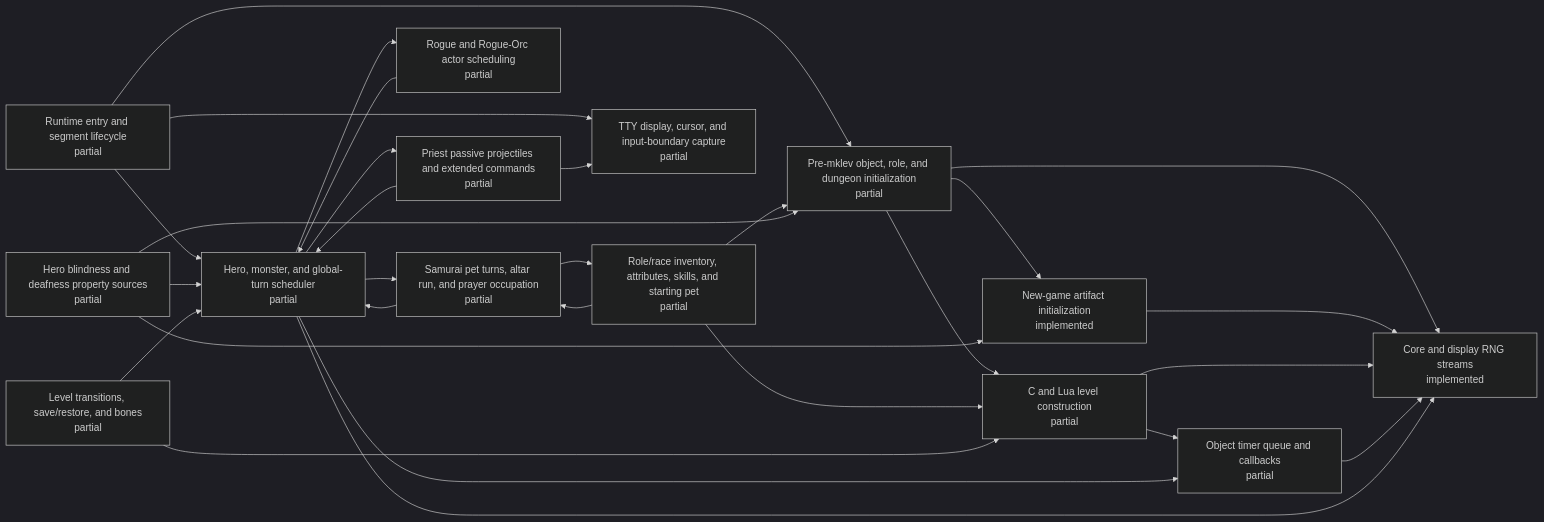
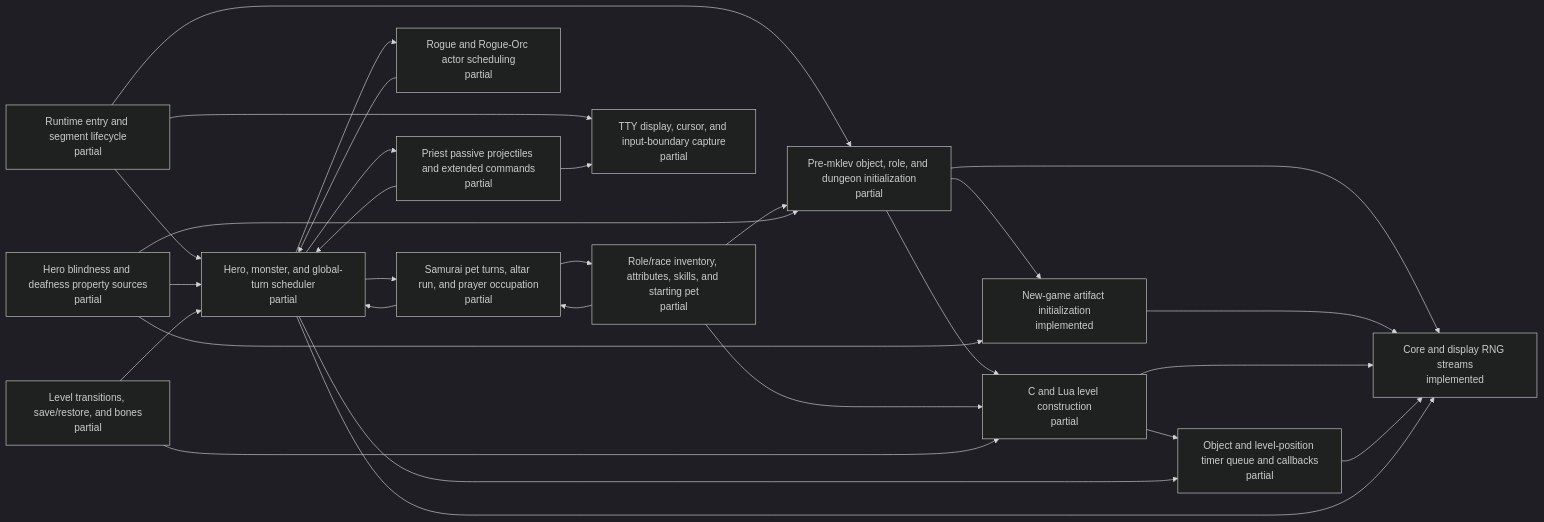
The diagram in docs/architecture/c-lua-ownership.generated.md (daoa0601/teleport-contest), drawn with Mermaid (dark theme) before and after one commit. The commit also changed other lines of this file and 3 other files, not shown here.

````diff
--- a/docs/architecture/c-lua-ownership.generated.md
+++ b/docs/architecture/c-lua-ownership.generated.md
@@ -11,45 +11,45 @@
 ```mermaid
 flowchart LR
     n_runtime_entry["Runtime entry and segment lifecycle<br/>partial"]
     n_rng_core["Core and display RNG streams<br/>implemented"]
     n_startup_pre_mklev["Pre-mklev object, role, and dungeon initialization<br/>partial"]
     n_startup_artifacts["New-game artifact initialization<br/>implemented"]
     n_startup_role_inventory["Role/race inventory, attributes, skills, and starting pet<br/>partial"]
     n_hero_sensory_properties["Hero blindness and deafness property sources<br/>partial"]
     n_level_generation["C and Lua level construction<br/>partial"]
-    n_object_timer_queue["Object timer queue and callbacks<br/>partial"]
+    n_object_timer_queue["Object and level-position timer queue and callbacks<br/>partial"]
     n_turn_scheduler["Hero, monster, and global-turn scheduler<br/>partial"]
     n_samurai_pet_turns["Samurai pet turns, altar run, and prayer occupation<br/>partial"]
     n_rogue_actor_scheduling["Rogue and Rogue-Orc actor scheduling<br/>partial"]
     n_priest_passive_projectiles["Priest passive projectiles and extended commands<br/>partial"]
     n_tty_display["TTY display, cursor, and input-boundary capture<br/>partial"]
     n_level_transition_persistence["Level transitions, save/restore, and bones<br/>partial"]
     n_runtime_entry --> n_startup_pre_mklev
     n_runtime_entry --> n_turn_scheduler
     n_runtime_entry --> n_tty_display
     n_startup_pre_mklev --> n_rng_core
     n_startup_pre_mklev --> n_startup_artifacts
     n_startup_pre_mklev --> n_level_generation
     n_startup_artifacts --> n_rng_core
     n_startup_role_inventory --> n_startup_pre_mklev
     n_startup_role_inventory --> n_level_generation
     n_startup_role_inventory --> n_samurai_pet_turns
     n_hero_sensory_properties --> n_startup_pre_mklev
     n_hero_sensory_properties --> n_startup_artifacts
     n_hero_sensory_properties --> n_turn_scheduler
     n_level_generation --> n_rng_core
     n_level_generation --> n_object_timer_queue
     n_object_timer_queue --> n_rng_core
     n_turn_scheduler --> n_rng_core
     n_turn_scheduler --> n_object_timer_queue
     n_turn_scheduler --> n_samurai_pet_turns
     n_turn_scheduler --> n_rogue_actor_scheduling
     n_turn_scheduler --> n_priest_passive_projectiles
     n_samurai_pet_turns --> n_turn_scheduler
     n_samurai_pet_turns --> n_startup_role_inventory
     n_rogue_actor_scheduling --> n_turn_scheduler
     n_priest_passive_projectiles --> n_turn_scheduler
     n_priest_passive_projectiles --> n_tty_display
     n_level_transition_persistence --> n_level_generation
     n_level_transition_persistence --> n_turn_scheduler
 ```
````
